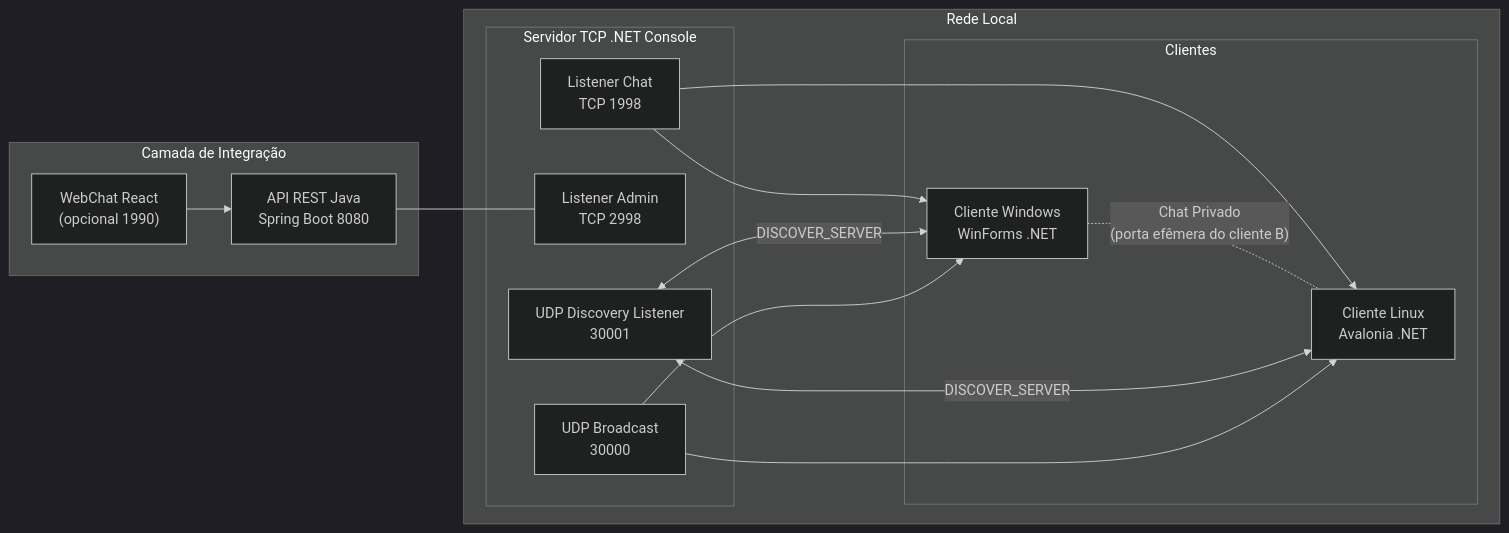
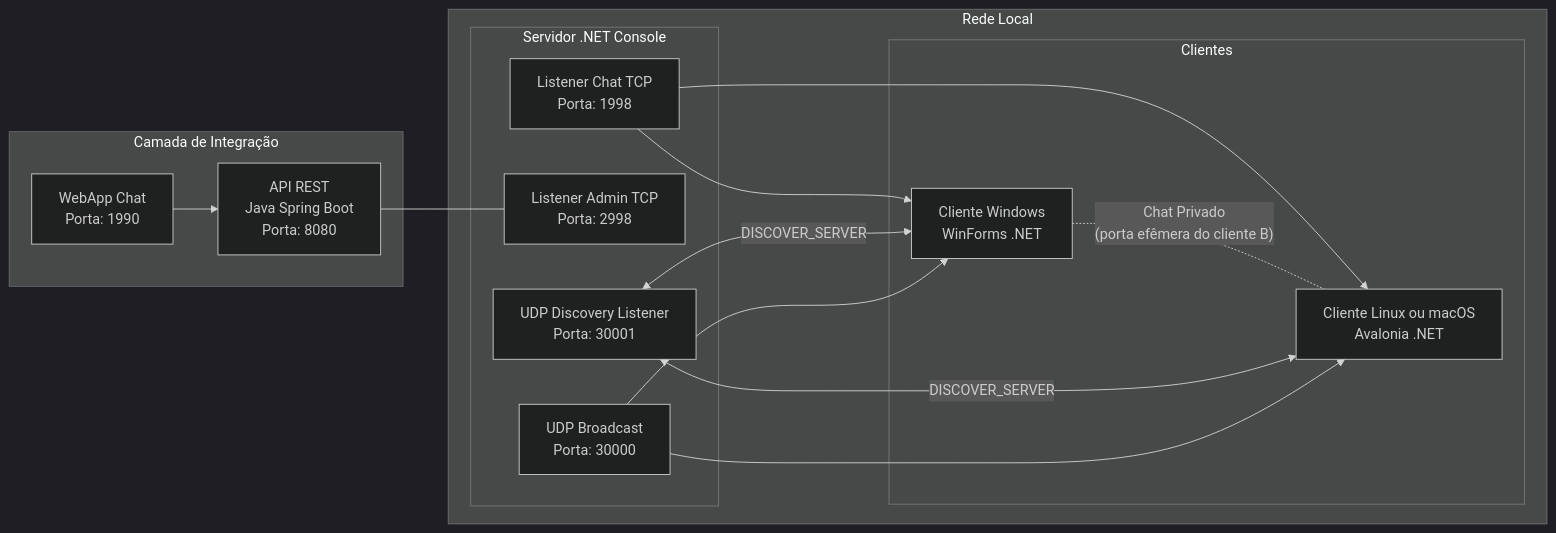
One commit to luccas00/Chat_TCP changed the diagram in README.md. Above: the diagram before and after it, drawn with Mermaid (dark theme). The commit also changed other lines of this file, not shown here.

````diff
--- a/README.md
+++ b/README.md
@@ -154,34 +154,44 @@
 ```mermaid
 flowchart LR
     subgraph NET["Rede Local"]
-        subgraph SRV["Servidor TCP .NET Console"]
-            CH["Listener Chat\nTCP 1998"]
-            ADM["Listener Admin\nTCP 2998"]
-            UDPB["UDP Broadcast\n30000"]
-            UDNS["UDP Discovery Listener\n30001"]
+        subgraph SRV["Servidor .NET Console"]
+            CH["Listener Chat TCP
+                Porta: 1998"]
+            ADM["Listener Admin TCP
+                 Porta: 2998"]
+            UDPB["UDP Broadcast
+                  Porta: 30000"]
+            UDNS["UDP Discovery Listener
+                  Porta: 30001"]
         end
 
         subgraph CLIENTES["Clientes"]
-            WF["Cliente Windows\nWinForms .NET"]
-            AV["Cliente Linux\nAvalonia .NET"]
+            WF["Cliente Windows
+                WinForms .NET"]
+            AV["Cliente Linux ou macOS
+                Avalonia .NET"]
         end
 
         CH --> WF
         CH --> AV
 
-        WF -. "Chat Privado\n(porta efêmera do cliente B)" .- AV
+        WF -. "Chat Privado
+            (porta efêmera do cliente B)" .- AV
 
         UDNS <-- "DISCOVER_SERVER" --> WF
         UDNS <-- "DISCOVER_SERVER" --> AV
         UDPB --> WF
         UDPB --> AV
     end
 
     subgraph API["Camada de Integração"]
-        SB["API REST Java\nSpring Boot 8080"]
-        FE["WebChat React\n(opcional 1990)"]
+        SB["API REST
+            Java Spring Boot
+            Porta: 8080"]
+        FE["WebApp Chat
+            Porta: 1990"]
     end
 
     SB --- ADM
     FE --> SB
 ```
````
